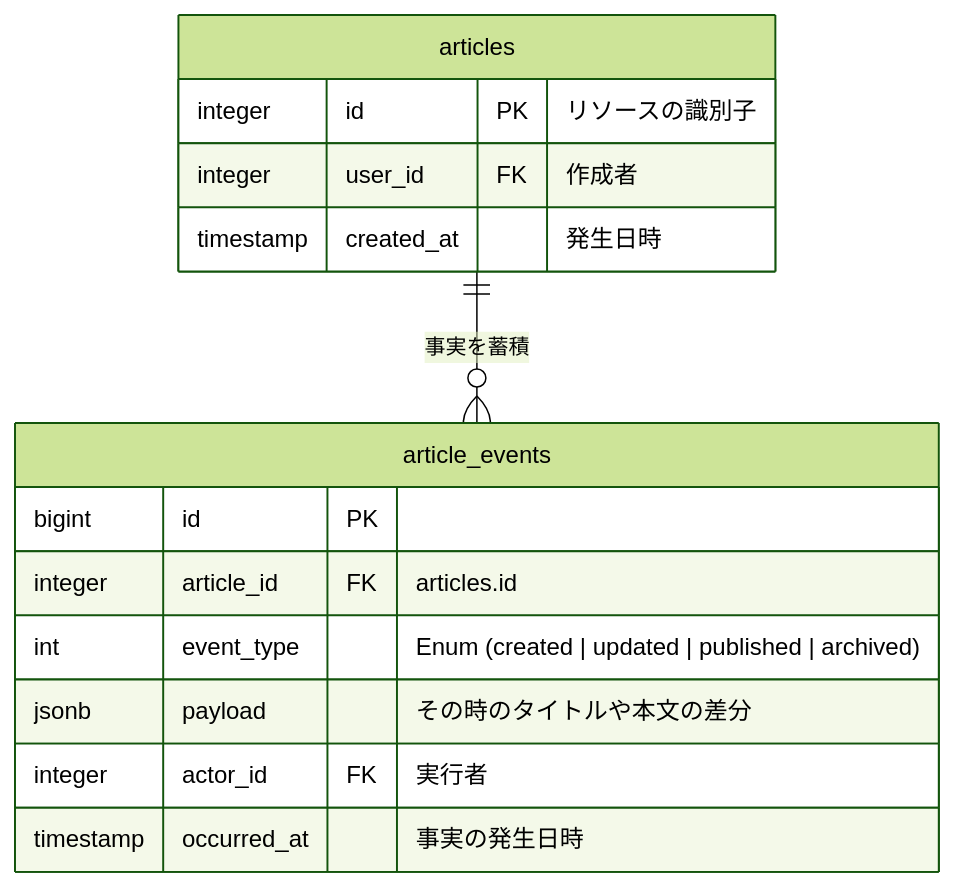
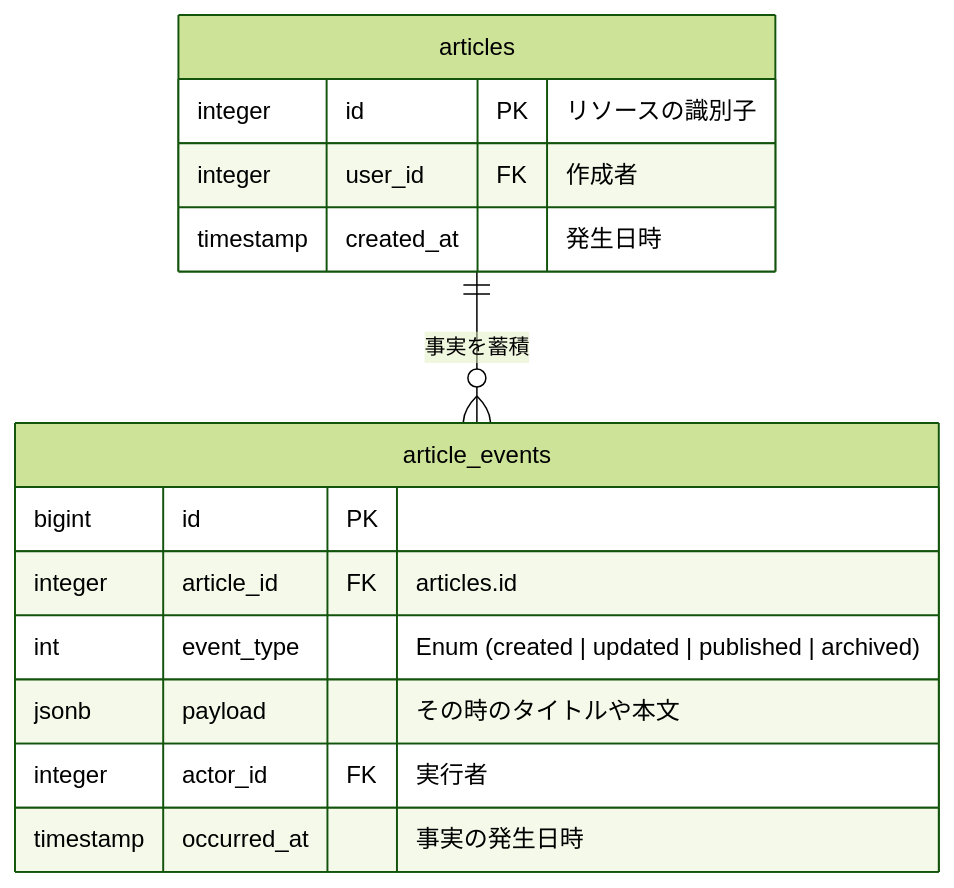
Before and after one commit to sloppybook/zenn: the fourth of 5 diagrams in articles/57f2197681b2e2.md, drawn with Mermaid (forest theme). The commit also changed other lines of this file, not shown here.

````diff
--- a/articles/57f2197681b2e2.md
+++ b/articles/57f2197681b2e2.md
@@ -129,19 +129,20 @@
 ```mermaid
 erDiagram
   articles ||--o{ article_events : "事実を蓄積"
   
   articles {
     integer id PK "リソースの識別子"
     integer user_id FK "作成者"
     timestamp created_at "発生日時"
   }
 
   article_events {
     bigint id PK
     integer article_id FK "articles.id"
     int event_type "Enum (created | updated | published | archived)"
-    jsonb payload "その時のタイトルや本文の差分"
+    jsonb payload "その時のタイトルや本文"
+    
     integer actor_id FK "実行者"
     timestamp occurred_at "事実の発生日時"
   }
 ```
````
